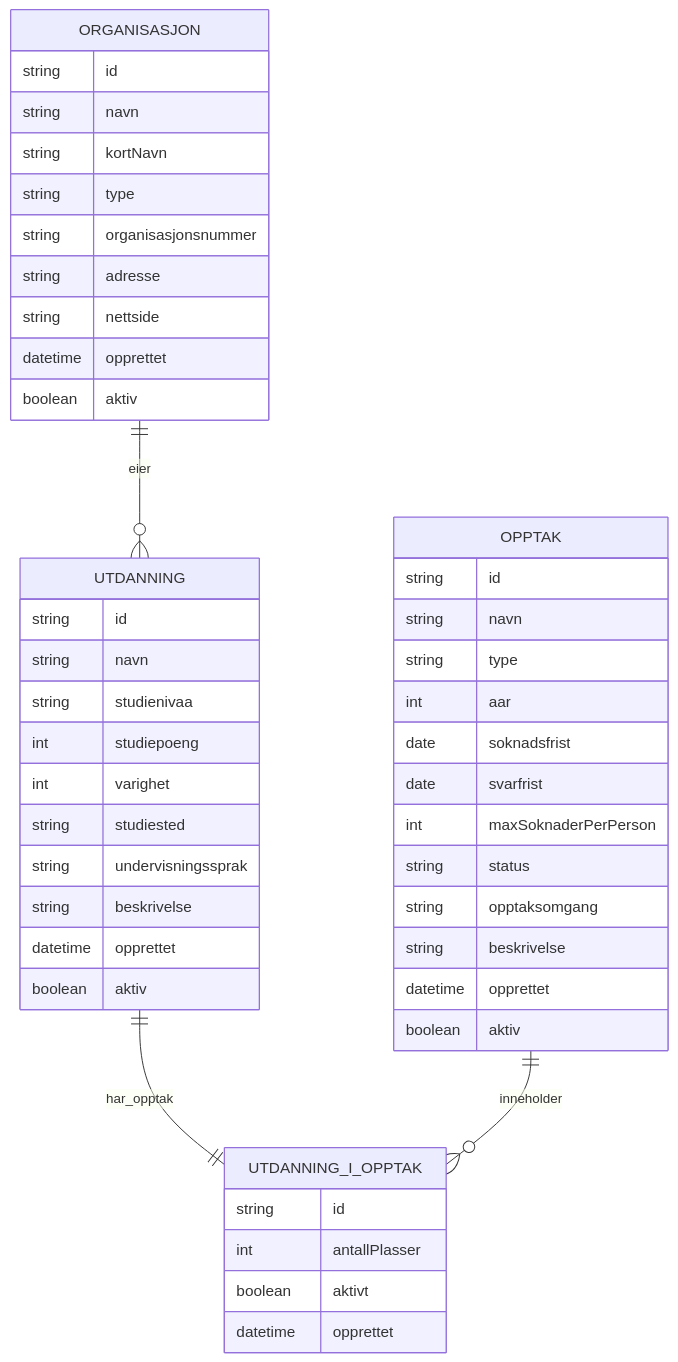
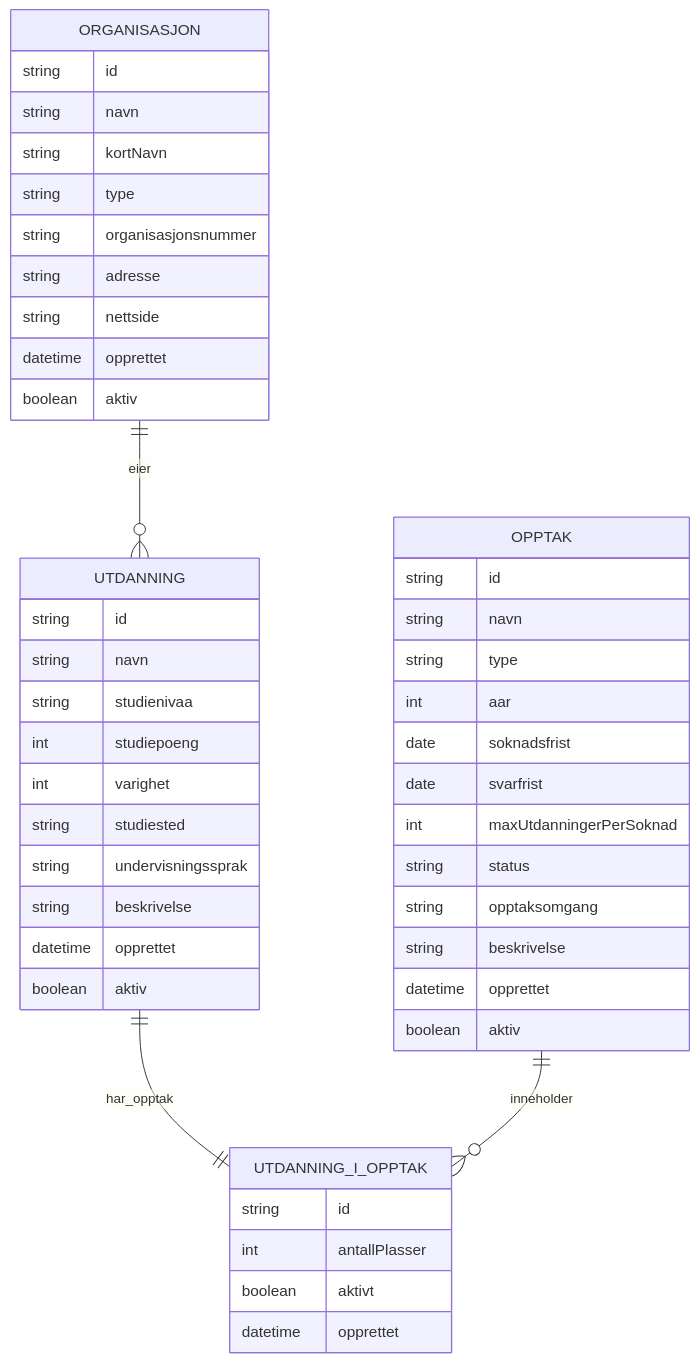
The diagram in krav/opptak/entity-map.md (SmidigStorm/strix), drawn with Mermaid before and after one commit. The commit also changed 13 other files, not shown here.

First line of the commit message:
Komplett GraphQL opptaksystem med database og nginx-oppsett

````diff
--- a/krav/opptak/entity-map.md
+++ b/krav/opptak/entity-map.md
@@ -5,53 +5,53 @@
 ```mermaid
 erDiagram
     ORGANISASJON {
         string id
         string navn
         string kortNavn
         string type
         string organisasjonsnummer
         string adresse
         string nettside
         datetime opprettet
         boolean aktiv
     }
     
     UTDANNING {
         string id
         string navn
         string studienivaa
         int studiepoeng
         int varighet
         string studiested
         string undervisningssprak
         string beskrivelse
         datetime opprettet
         boolean aktiv
     }
     
     OPPTAK {
         string id
         string navn
         string type
         int aar
         date soknadsfrist
         date svarfrist
-        int maxSoknaderPerPerson
+        int maxUtdanningerPerSoknad
         string status
         string opptaksomgang
         string beskrivelse
         datetime opprettet
         boolean aktiv
     }
     
     UTDANNING_I_OPPTAK {
         string id
         int antallPlasser
         boolean aktivt
         datetime opprettet
     }
     
     ORGANISASJON ||--o{ UTDANNING : "eier"
     UTDANNING ||--|| UTDANNING_I_OPPTAK : "har_opptak"
     OPPTAK ||--o{ UTDANNING_I_OPPTAK : "inneholder"
 ```
````
